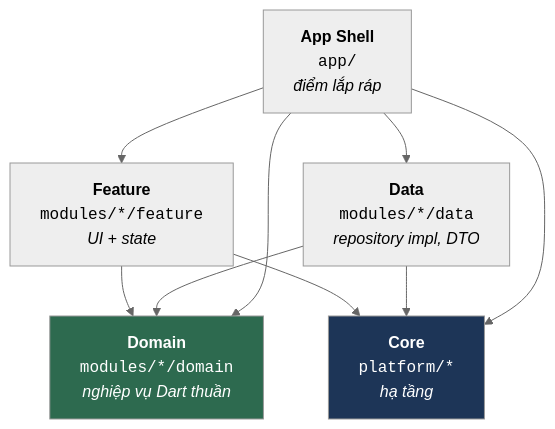
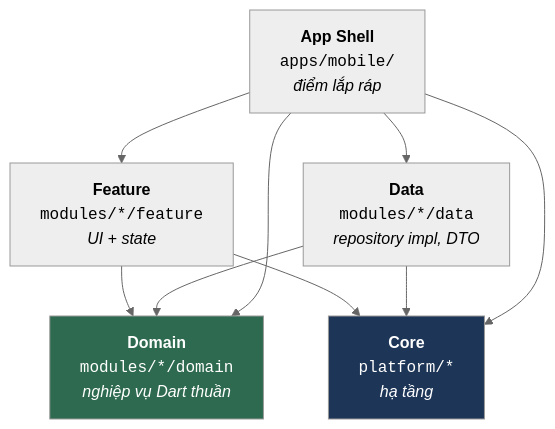
One commit to CaoGiaHieu-dev/flutter-monorepo-codebase changed the diagram in docs/vi/architecture/01_overview.md. Above: the diagram before and after it, drawn with Mermaid (neutral theme). The commit also changed other lines of this file and 410 other files, not shown here.

First line of the commit message:
refactor: move app/ to apps/mobile/ and give every directory an owner

````diff
--- a/docs/vi/architecture/01_overview.md
+++ b/docs/vi/architecture/01_overview.md
@@ -13,20 +13,20 @@
 ```mermaid
 graph TD
-    App["<b>App Shell</b><br/><code>app/</code><br/><i>điểm lắp ráp</i>"]
+    App["<b>App Shell</b><br/><code>apps/mobile/</code><br/><i>điểm lắp ráp</i>"]
     Feature["<b>Feature</b><br/><code>modules/*/feature</code><br/><i>UI + state</i>"]
     Domain["<b>Domain</b><br/><code>modules/*/domain</code><br/><i>nghiệp vụ Dart thuần</i>"]
     Data["<b>Data</b><br/><code>modules/*/data</code><br/><i>repository impl, DTO</i>"]
     Core["<b>Core</b><br/><code>platform/*</code><br/><i>hạ tầng</i>"]
 
     Feature --> Domain
     Data --> Domain
     Feature --> Core
     Data --> Core
     App --> Feature
     App --> Data
     App --> Domain
     App --> Core
 
     style Domain fill:#2d6a4f,color:#fff
     style Core fill:#1d3557,color:#fff
 ```
````
